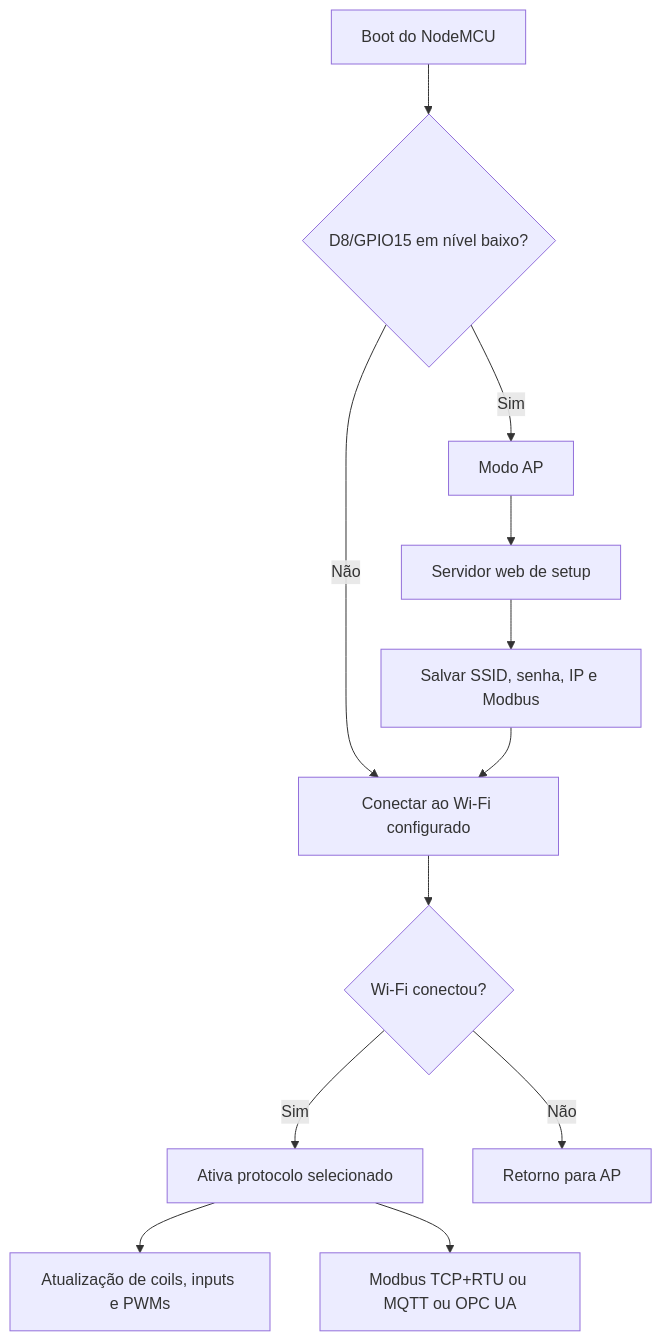
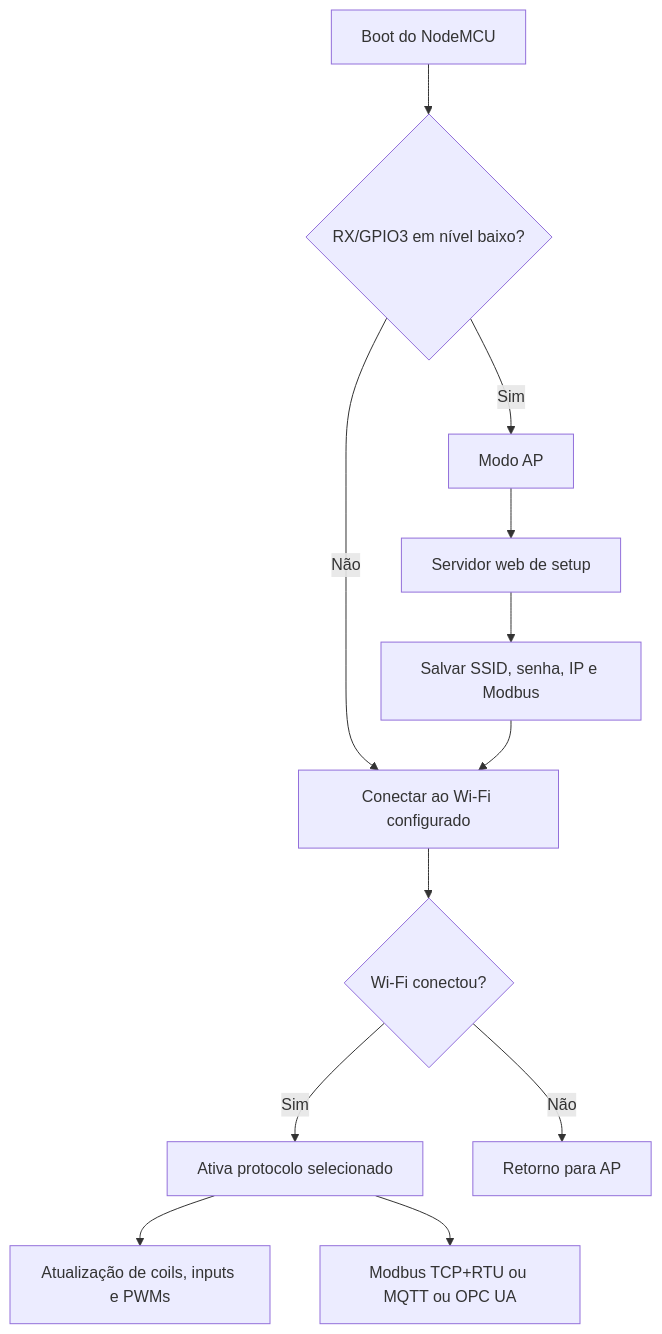
Before and after one commit to wvianna/pcb-moduloDidatico-SCADA-IoT-firmware: the first of 4 diagrams in README.md, drawn with Mermaid. The commit also changed other lines of this file and 5 other files, not shown here.

````diff
--- a/README.md
+++ b/README.md
@@ -123,14 +123,14 @@
 ```mermaid
 flowchart TD
-  A[Boot do NodeMCU] --> B{D8/GPIO15 em nível baixo?}
+  A[Boot do NodeMCU] --> B{RX/GPIO3 em nível baixo?}
   B -->|Sim| C[Modo AP]
   B -->|Não| D[Conectar ao Wi-Fi configurado]
   C --> E[Servidor web de setup]
   E --> F[Salvar SSID, senha, IP e Modbus]
   F --> D
   D --> G{Wi-Fi conectou?}
   G -->|Sim| H[Ativa protocolo selecionado]
   G -->|Não| I[Retorno para AP]
   H --> J[Atualização de coils, inputs e PWMs]
   H --> K[Modbus TCP+RTU ou MQTT ou OPC UA]
 ```
````
